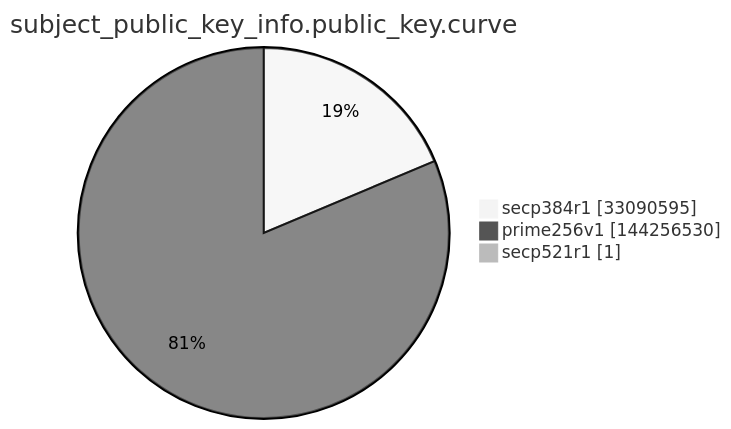
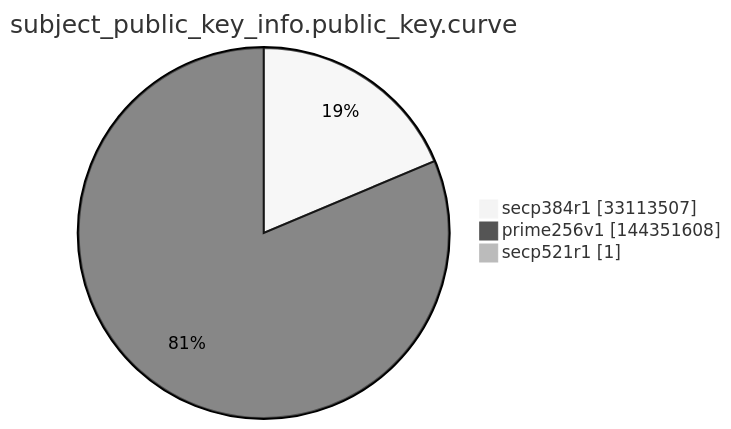
One commit to christiankrug/ctmonitor_visualization changed the ninth of 15 diagrams in argon2022/README.md. Above: the diagram before and after it, drawn with Mermaid (neutral theme). The commit also changed other lines of this file, not shown here.

````diff
--- a/argon2022/README.md
+++ b/argon2022/README.md
@@ -2764,7 +2764,7 @@
 ```mermaid
 pie showData
 title subject_public_key_info.public_key.curve
-"secp384r1" :33090595
-"prime256v1" :144256530
+"secp384r1" :33113507
+"prime256v1" :144351608
 "secp521r1" :1
 ```
````
